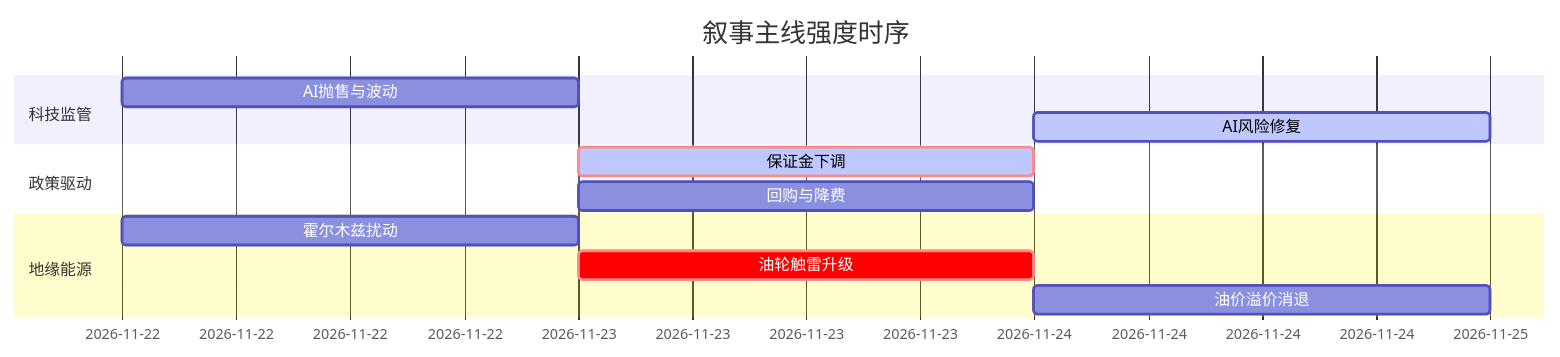
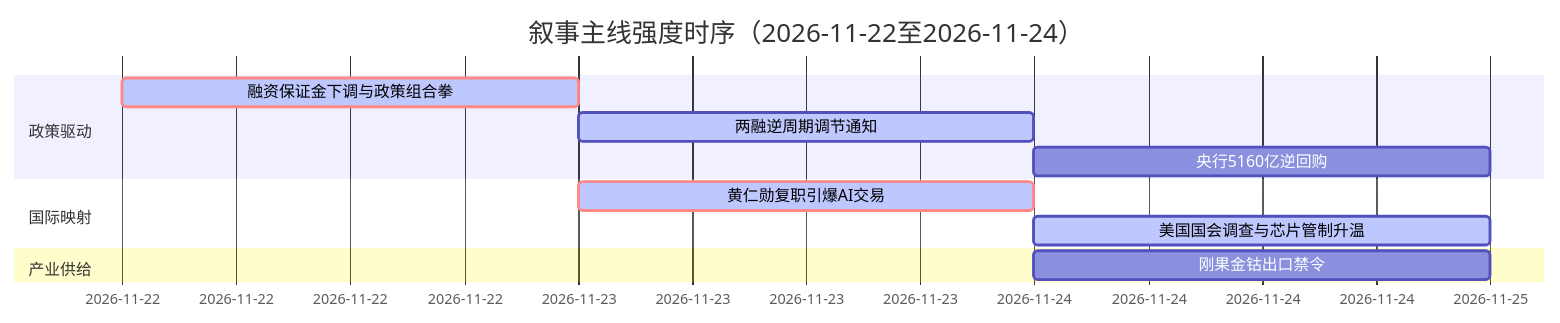
Before and after one commit to uu5zn/uu5zn.github.io: the diagram in 5day_report.md, drawn with Mermaid. The commit also changed other lines of this file and 23 other files, not shown here.

````diff
--- a/5day_report.md
+++ b/5day_report.md
@@ -54,15 +56,14 @@
 ```mermaid
 gantt
-    title 叙事主线强度时序
+    title 叙事主线强度时序（2026-11-22至2026-11-24）
     dateFormat  YYYY-MM-DD
-    section 科技监管
-    AI抛售与波动    :2026-11-22, 1d
-    AI风险修复      :active, 2026-11-24, 1d
     section 政策驱动
-    保证金下调      :crit, active, 2026-11-23, 1d
-    回购与降费      :2026-11-23, 1d
-    section 地缘能源
-    霍尔木兹扰动    :2026-11-22, 1d
-    油轮触雷升级    :crit, 2026-11-23, 1d
-    油价溢价消退    :2026-11-24, 1d
+    融资保证金下调与政策组合拳   :crit, active, 2026-11-22, 1d
+    两融逆周期调节通知           :active, 2026-11-23, 1d
+    央行5160亿逆回购             :2026-11-24, 1d
+    section 国际映射
+    黄仁勋复职引爆AI交易         :crit, active, 2026-11-23, 1d
+    美国国会调查与芯片管制升温   :active, 2026-11-24, 1d
+    section 产业供给
+    刚果金钴出口禁令             :2026-11-24, 1d
 ```
````
